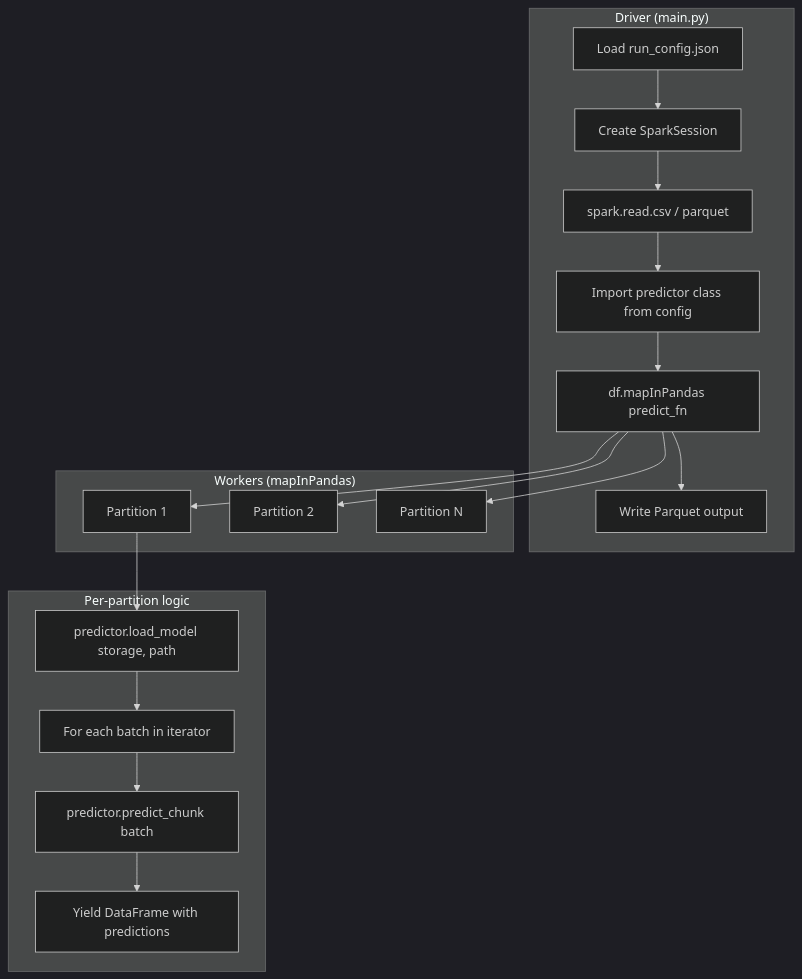
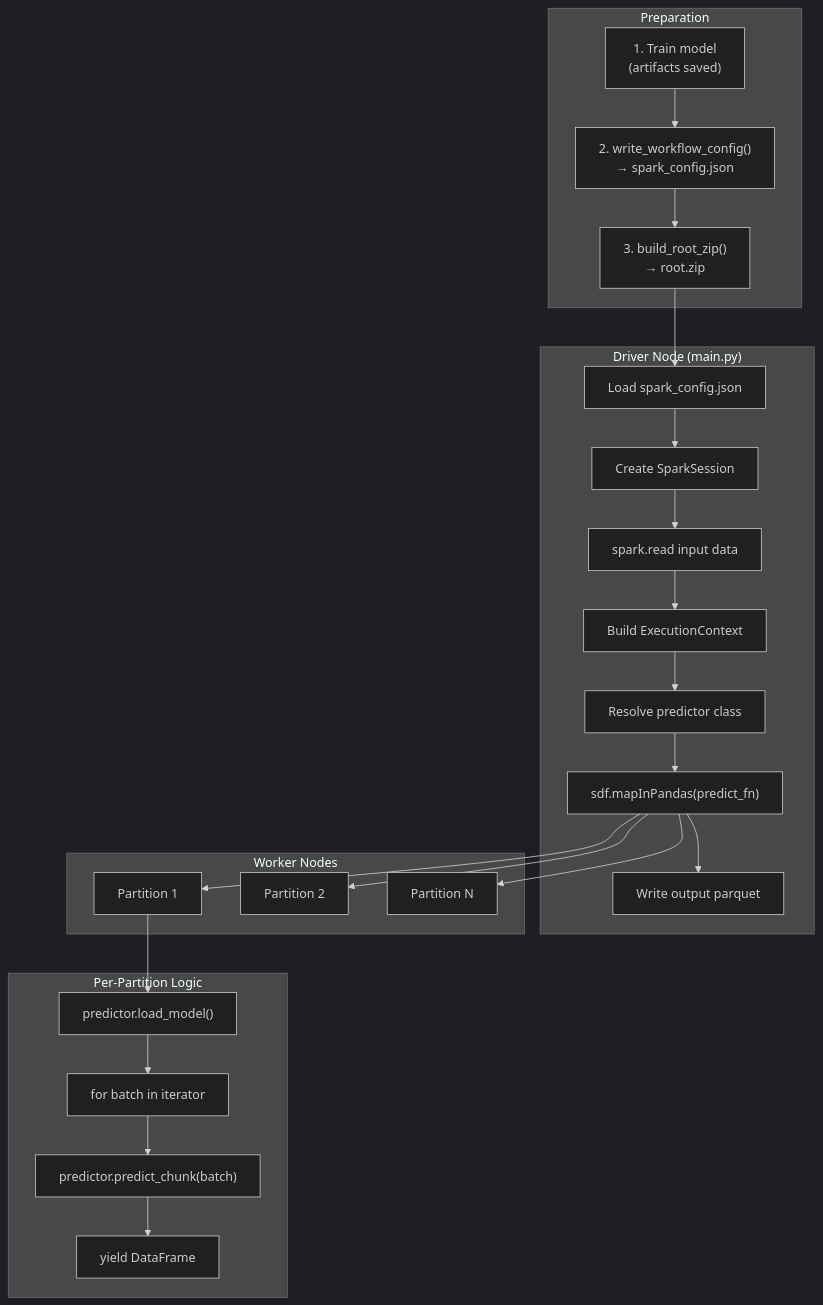
Before and after one commit to maods2/designing-mlops-framework: the seventh of 10 diagrams in DIAGRAMS.md, drawn with Mermaid (dark theme). The commit also changed other lines of this file and 51 other files, not shown here.

````diff
--- a/DIAGRAMS.md
+++ b/DIAGRAMS.md
@@ -112,39 +252,40 @@
 ```mermaid
 flowchart TB
-    subgraph Driver["Driver (main.py)"]
-        LoadConfig[Load run_config.json]
-        CreateSpark[Create SparkSession]
-        ReadInput[spark.read.csv / parquet]
-        GetPredictor[Import predictor class from config]
-        MapInPandas[df.mapInPandas predict_fn]
-        WriteOutput[Write Parquet output]
+    subgraph Prep["Preparation"]
+        TrainFirst["1. Train model\n(artifacts saved)"]
+        Serialize["2. write_workflow_config()\n→ spark_config.json"]
+        Package["3. build_root_zip()\n→ root.zip"]
     end
 
-    subgraph Workers["Workers (mapInPandas)"]
-        P1[Partition 1]
-        P2[Partition 2]
-        P3[Partition N]
+    subgraph Driver["Driver Node (main.py)"]
+        LoadCfg["Load spark_config.json"]
+        CreateSpark["Create SparkSession"]
+        ReadInput["spark.read input data"]
+        BuildCtx["Build ExecutionContext"]
+        Resolve["Resolve predictor class"]
+        MapIP["sdf.mapInPandas(predict_fn)"]
+        WriteOut["Write output parquet"]
     end
 
-    subgraph PartitionLogic["Per-partition logic"]
-        LoadModel[predictor.load_model storage, path]
-        IterBatches[For each batch in iterator]
-        PredictChunk[predictor.predict_chunk batch]
-        Yield[Yield DataFrame with predictions]
+    subgraph Workers["Worker Nodes"]
+        W1["Partition 1"]
+        W2["Partition 2"]
+        WN["Partition N"]
     end
 
-    LoadConfig --> CreateSpark
-    CreateSpark --> ReadInput
-    ReadInput --> GetPredictor
-    GetPredictor --> MapInPandas
-    MapInPandas --> P1
-    MapInPandas --> P2
-    MapInPandas --> P3
+    subgraph PerPartition["Per-Partition Logic"]
+        LM["predictor.load_model()"]
+        Iter["for batch in iterator"]
+        PC["predictor.predict_chunk(batch)"]
+        Yield["yield DataFrame"]
+    end
 
-    P1 --> LoadModel
-    LoadModel --> IterBatches
-    IterBatches --> PredictChunk
-    PredictChunk --> Yield
+    TrainFirst --> Serialize
+    Serialize --> Package
+    Package --> LoadCfg
 
-    MapInPandas --> WriteOutput
+    LoadCfg --> CreateSpark --> ReadInput --> BuildCtx --> Resolve --> MapIP
+    MapIP --> W1 & W2 & WN
+    W1 --> LM --> Iter --> PC --> Yield
+    MapIP --> WriteOut
 ```
````
